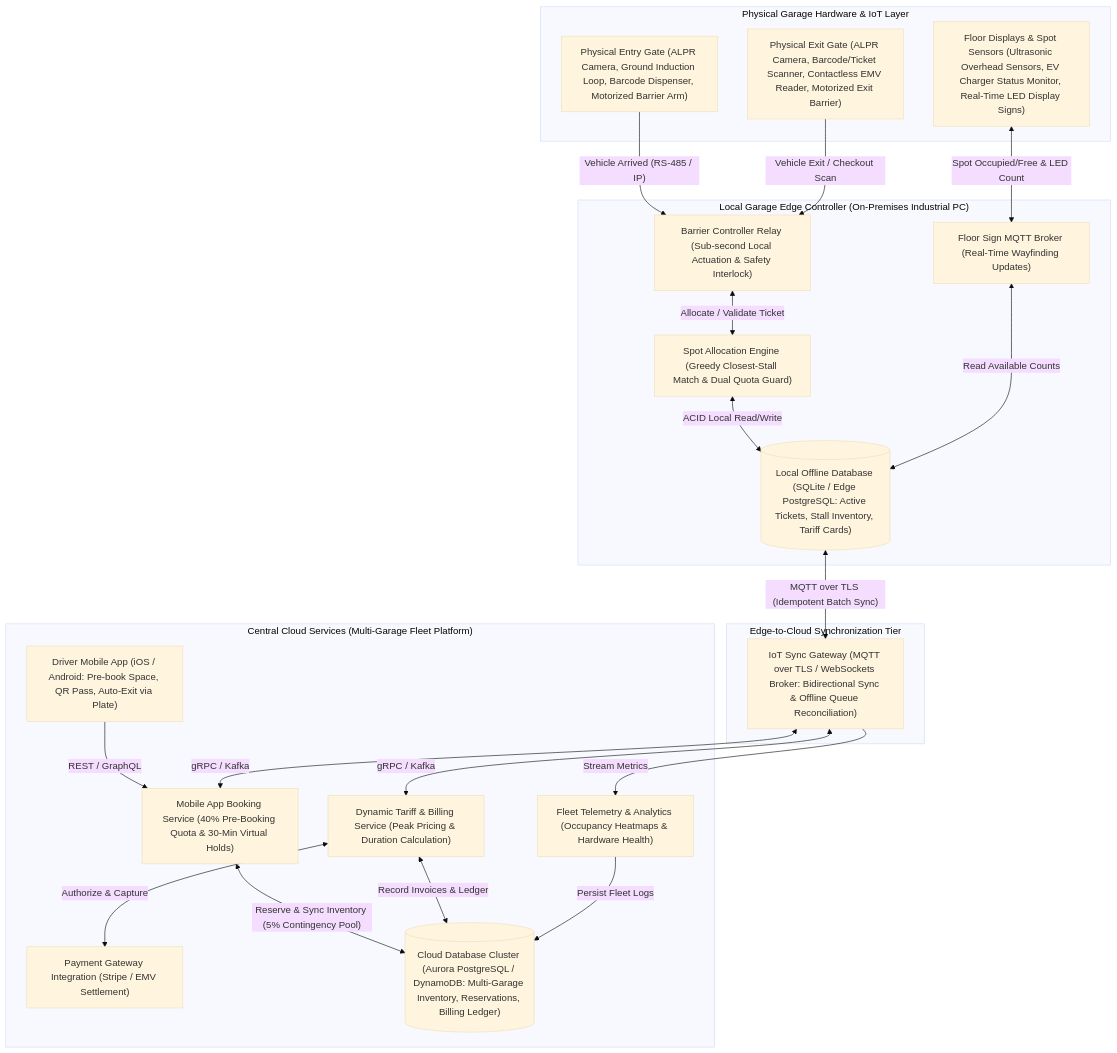
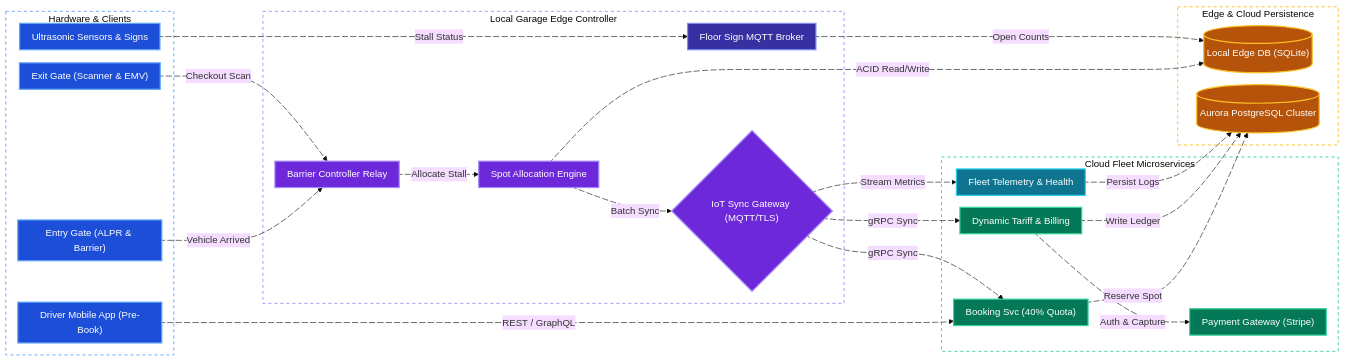
One commit to tarunbatta/tech-interview-prep changed the third of 3 diagrams in system-design/parking-garage.md. Above: the diagram before and after it, drawn with Mermaid (base theme). The commit also changed other lines of this file and 30 other files, not shown here.

First line of the commit message:
docs(system-design): convert Mermaid flowcharts to LR with colors and animated edges

````diff
--- a/system-design/parking-garage.md
+++ b/system-design/parking-garage.md
@@ -222,40 +263,76 @@
 ```mermaid
-flowchart TD
-    subgraph PhysicalGarage["Physical Garage Hardware & IoT Layer"]
-        EntryHW["Physical Entry Gate (ALPR Camera, Ground Induction Loop, Barcode Dispenser, Motorized Barrier Arm)"]
-        ExitHW["Physical Exit Gate (ALPR Camera, Barcode/Ticket Scanner, Contactless EMV Reader, Motorized Exit Barrier)"]
-        FloorHW["Floor Displays & Spot Sensors (Ultrasonic Overhead Sensors, EV Charger Status Monitor, Real-Time LED Display Signs)"]
+%%{init: {'flowchart': {'nodeSpacing': 20, 'rankSpacing': 40, 'padding': 10}}}%%
+flowchart LR
+    subgraph PhysicalGarage["Hardware & Clients"]
+        EntryHW["Entry Gate (ALPR & Barrier)"]
+        ExitHW["Exit Gate (Scanner & EMV)"]
+        FloorHW["Ultrasonic Sensors & Signs"]
+        MobileApp["Driver Mobile App (Pre-Book)"]
     end
-    subgraph EdgeCluster["Local Garage Edge Controller (On-Premises Industrial PC)"]
-        BarrierRelay["Barrier Controller Relay (Sub-second Local Actuation & Safety Interlock)"]
-        SpotEngine["Spot Allocation Engine (Greedy Closest-Stall Match & Dual Quota Guard)"]
-        SignBroker["Floor Sign MQTT Broker (Real-Time Wayfinding Updates)"]
-        EdgeDB[("Local Offline Database (SQLite / Edge PostgreSQL: Active Tickets, Stall Inventory, Tariff Cards)")]
+    subgraph EdgeCluster["Local Garage Edge Controller"]
+        BarrierRelay["Barrier Controller Relay"]
+        SpotEngine["Spot Allocation Engine"]
+        SignBroker["Floor Sign MQTT Broker"]
+        SyncBridge{"IoT Sync Gateway (MQTT/TLS)"}
     end
-    subgraph SyncLayer["Edge-to-Cloud Synchronization Tier"]
-        SyncBridge["IoT Sync Gateway (MQTT over TLS / WebSockets Broker: Bidirectional Sync & Offline Queue Reconciliation)"]
+    subgraph CloudBackend["Cloud Fleet Microservices"]
+        BookingSvc["Booking Svc (40% Quota)"]
+        BillingSvc["Dynamic Tariff & Billing"]
+        PayGateway["Payment Gateway (Stripe)"]
+        Telemetry["Fleet Telemetry & Health"]
     end
-    subgraph CloudBackend["Central Cloud Services (Multi-Garage Fleet Platform)"]
-        MobileApp["Driver Mobile App (iOS / Android: Pre-book Space, QR Pass, Auto-Exit via Plate)"]
-        BookingSvc["Mobile App Booking Service (40% Pre-Booking Quota & 30-Min Virtual Holds)"]
-        BillingSvc["Dynamic Tariff & Billing Service (Peak Pricing & Duration Calculation)"]
-        PayGateway["Payment Gateway Integration (Stripe / EMV Settlement)"]
-        Telemetry["Fleet Telemetry & Analytics (Occupancy Heatmaps & Hardware Health)"]
-        CloudDB[("Cloud Database Cluster (Aurora PostgreSQL / DynamoDB: Multi-Garage Inventory, Reservations, Billing Ledger)")]
+    subgraph DataTier["Edge & Cloud Persistence"]
+        EdgeDB[("Local Edge DB (SQLite)")]
+        CloudDB[("Aurora PostgreSQL Cluster")]
     end
-    EntryHW -->|"Vehicle Arrived (RS-485 / IP)"| BarrierRelay
-    ExitHW -->|"Vehicle Exit / Checkout Scan"| BarrierRelay
-    FloorHW <-->|"Spot Occupied/Free & LED Count"| SignBroker
-    BarrierRelay <-->|"Allocate / Validate Ticket"| SpotEngine
-    SpotEngine <-->|"ACID Local Read/Write"| EdgeDB
-    SignBroker <-->|"Read Available Counts"| EdgeDB
-    EdgeDB <-->|"MQTT over TLS (Idempotent Batch Sync)"| SyncBridge
-    MobileApp -->|"REST / GraphQL"| BookingSvc
-    SyncBridge <-->|"gRPC / Kafka"| BookingSvc
-    SyncBridge <-->|"gRPC / Kafka"| BillingSvc
-    SyncBridge -->|"Stream Metrics"| Telemetry
-    BillingSvc <-->|"Authorize & Capture"| PayGateway
-    BookingSvc <-->|"Reserve & Sync Inventory (5% Contingency Pool)"| CloudDB
-    BillingSvc <-->|"Record Invoices & Ledger"| CloudDB
-    Telemetry -->|"Persist Fleet Logs"| CloudDB
+    EntryHW e1@-->|"Vehicle Arrived"| BarrierRelay
+    ExitHW e2@-->|"Checkout Scan"| BarrierRelay
+    FloorHW e3@-->|"Stall Status"| SignBroker
+    BarrierRelay e4@-->|"Allocate Stall"| SpotEngine
+    SpotEngine e5@-->|"ACID Read/Write"| EdgeDB
+    SignBroker e6@-->|"Open Counts"| EdgeDB
+    SpotEngine e7@-->|"Batch Sync"| SyncBridge
+    MobileApp e8@-->|"REST / GraphQL"| BookingSvc
+    SyncBridge e9@-->|"gRPC Sync"| BookingSvc
+    SyncBridge e10@-->|"gRPC Sync"| BillingSvc
+    SyncBridge e11@-->|"Stream Metrics"| Telemetry
+    BillingSvc e12@-->|"Auth & Capture"| PayGateway
+    BookingSvc e13@-->|"Reserve Spot"| CloudDB
+    BillingSvc e14@-->|"Write Ledger"| CloudDB
+    Telemetry e15@-->|"Persist Logs"| CloudDB
+
+    e1@{ animate: true }
+    e2@{ animate: true }
+    e3@{ animate: true }
+    e4@{ animate: true }
+    e5@{ animate: true }
+    e6@{ animate: true }
+    e7@{ animate: true }
+    e8@{ animate: true }
+    e9@{ animate: true }
+    e10@{ animate: true }
+    e11@{ animate: true }
+    e12@{ animate: true }
+    e13@{ animate: true }
+    e14@{ animate: true }
+    e15@{ animate: true }
+
+    classDef client fill:#1d4ed8,stroke:#60a5fa,stroke-width:2px,color:#ffffff
+    classDef edge fill:#6d28d9,stroke:#a78bfa,stroke-width:2px,color:#ffffff
+    classDef service fill:#047857,stroke:#34d399,stroke-width:2px,color:#ffffff
+    classDef worker fill:#0e7490,stroke:#22d3ee,stroke-width:2px,color:#ffffff
+    classDef storage fill:#b45309,stroke:#fbbf24,stroke-width:2px,color:#ffffff
+    classDef queue fill:#3730a3,stroke:#818cf8,stroke-width:2px,color:#ffffff
+
+    class EntryHW,ExitHW,FloorHW,MobileApp client
+    class BarrierRelay,SpotEngine,SyncBridge edge
+    class SignBroker queue
+    class BookingSvc,BillingSvc,PayGateway service
+    class Telemetry worker
+    class EdgeDB,CloudDB storage
+
+    style PhysicalGarage fill:transparent,stroke:#60a5fa,stroke-width:1.5px,stroke-dasharray: 5 5
+    style EdgeCluster fill:transparent,stroke:#a78bfa,stroke-width:1.5px,stroke-dasharray: 5 5
+    style CloudBackend fill:transparent,stroke:#34d399,stroke-width:1.5px,stroke-dasharray: 5 5
+    style DataTier fill:transparent,stroke:#fbbf24,stroke-width:1.5px,stroke-dasharray: 5 5
 ```
````
